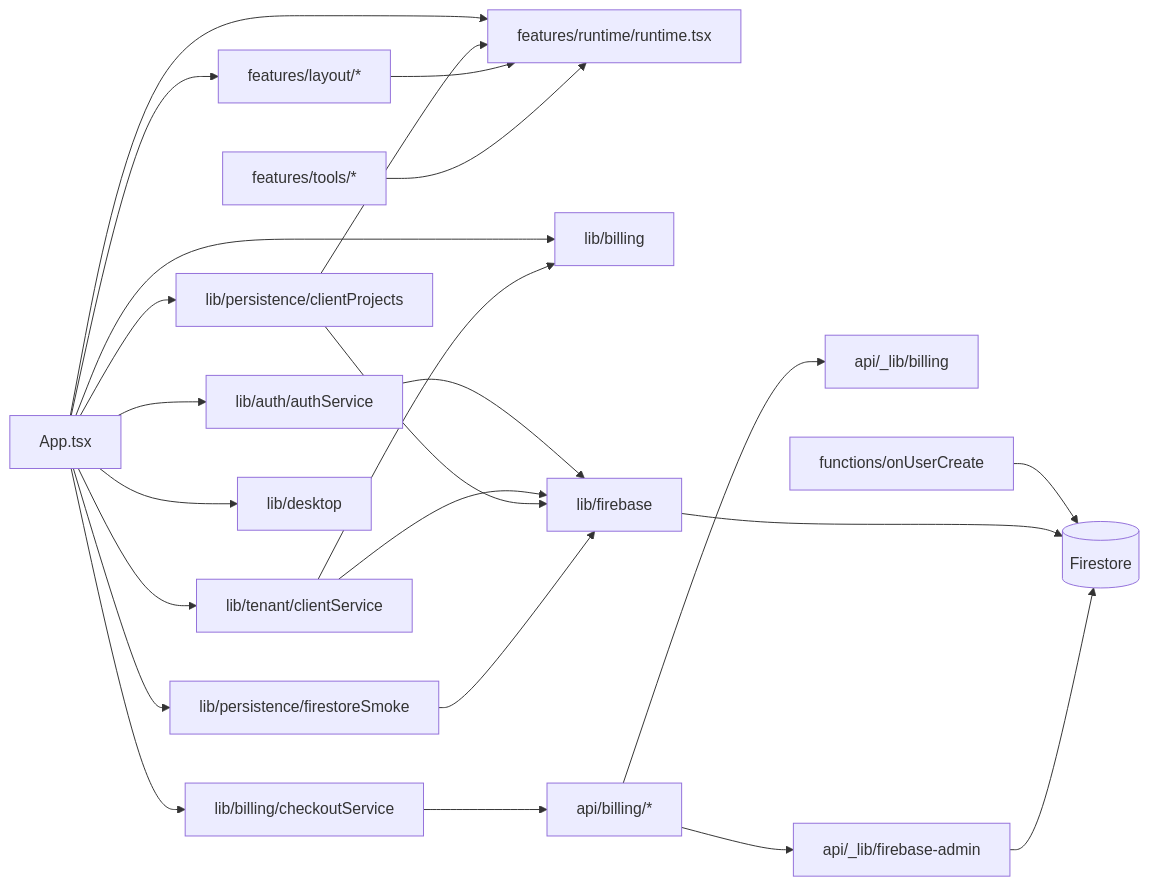
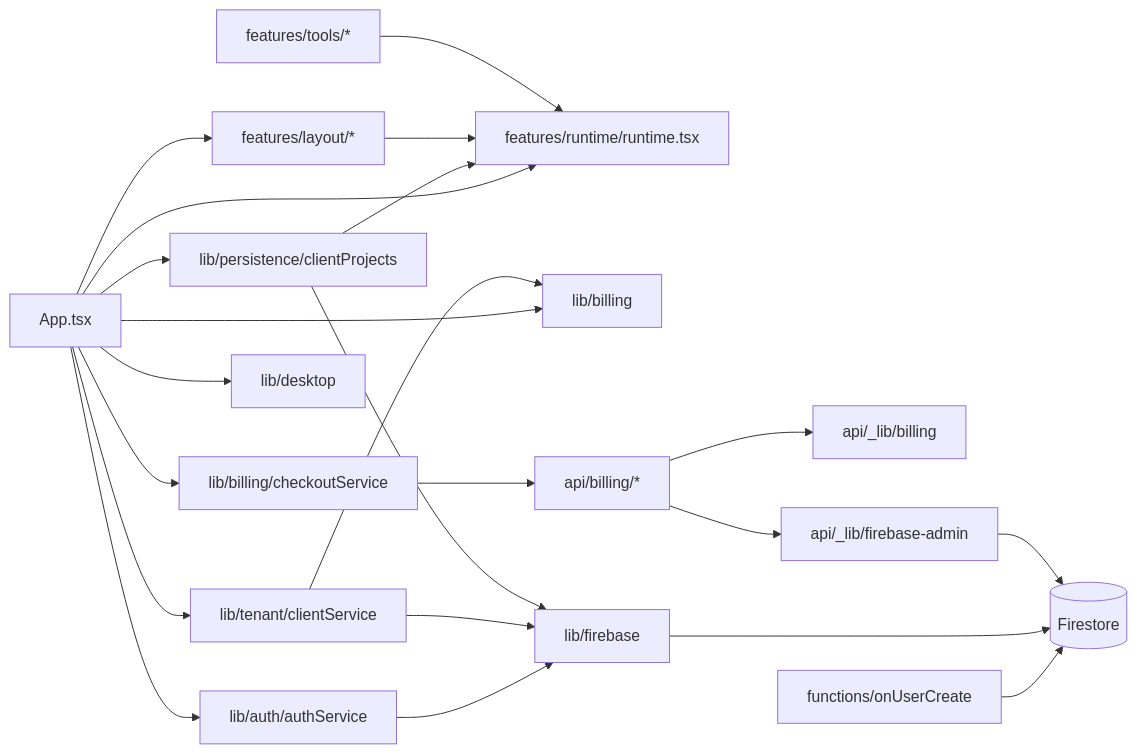
The second of 2 diagrams in Curv_APP/docs/PROJECT_STATUS.md (arquitecturacurva-sudo/MUArq), drawn with Mermaid before and after one commit. The commit also changed other lines of this file and 17 other files, not shown here.

````diff
--- a/Curv_APP/docs/PROJECT_STATUS.md
+++ b/Curv_APP/docs/PROJECT_STATUS.md
@@ -228,32 +229,30 @@
 ```mermaid
 flowchart LR
   App[App.tsx]
 
   App --> Layout[features/layout/*]
   App --> Runtime[features/runtime/runtime.tsx]
   App --> AuthSvc[lib/auth/authService]
   App --> ClientSvc[lib/tenant/clientService]
   App --> Billing[lib/billing]
   App --> Checkout[lib/billing/checkoutService]
   App --> Projects[lib/persistence/clientProjects]
-  App --> Smoke[lib/persistence/firestoreSmoke]
   App --> Desktop[lib/desktop]
 
   AuthSvc --> Firebase[lib/firebase]
   ClientSvc --> Firebase
   ClientSvc --> Billing
   Projects --> Firebase
   Projects --> Runtime
-  Smoke --> Firebase
   Checkout --> API[api/billing/*]
 
   API --> MercadoPagoLib[api/_lib/billing]
   API --> AdminLib[api/_lib/firebase-admin]
 
   Layout --> Runtime
   Tools[features/tools/*] --> Runtime
 
   CF[functions/onUserCreate] --> Firestore[(Firestore)]
   Firebase --> Firestore
   AdminLib --> Firestore
 ```
````
